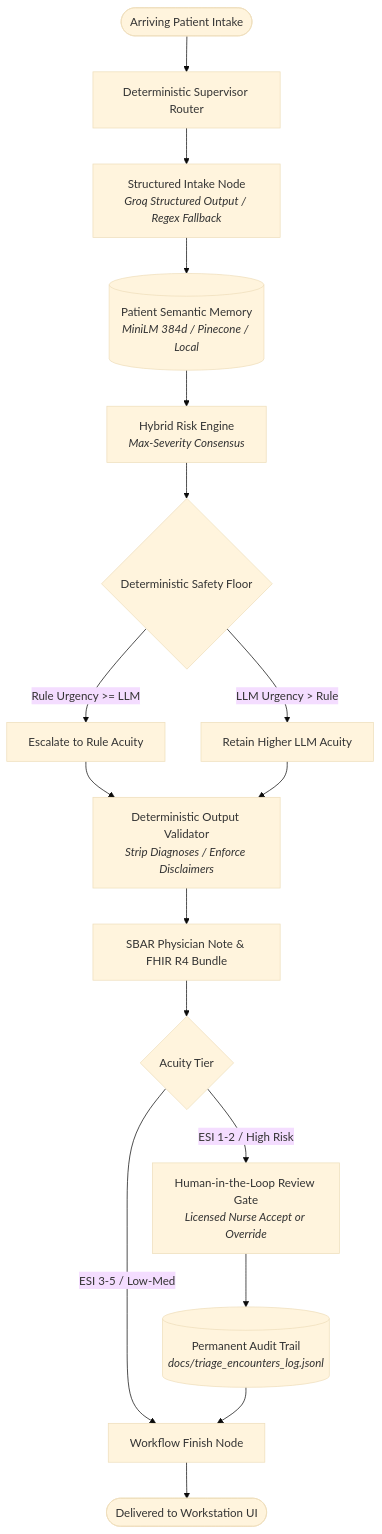
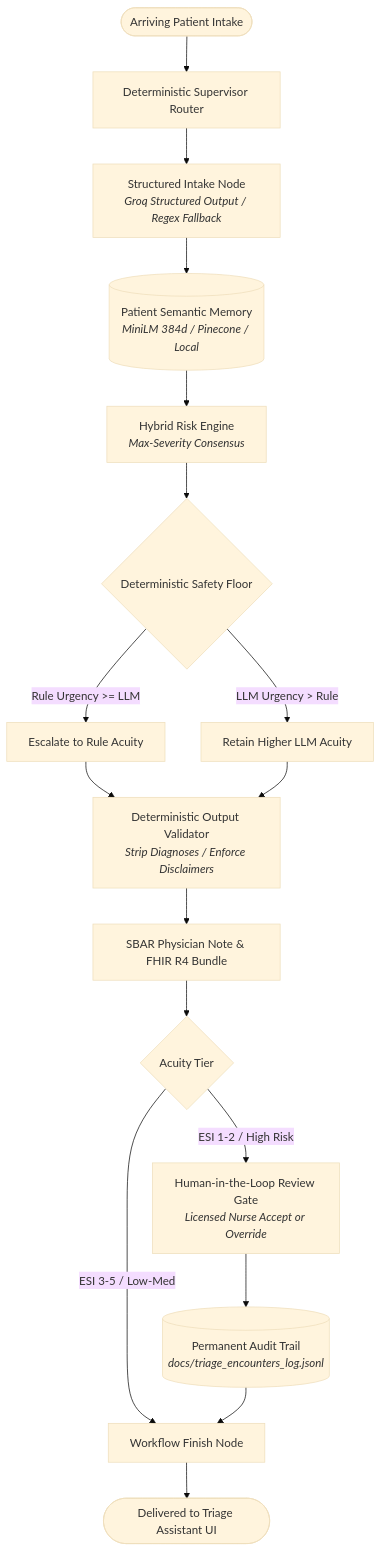
Before and after one commit to Adxrsh-17/agentic-triage-system: the diagram in README.md, drawn with Mermaid (base theme). The commit also changed other lines of this file and 18 other files, not shown here.

````diff
--- a/README.md
+++ b/README.md
@@ -53,19 +53,19 @@
 ```mermaid
 flowchart TD
     Start([Arriving Patient Intake]) --> Supervisor[Deterministic Supervisor Router]
     Supervisor --> Intake[Structured Intake Node<br/><i>Groq Structured Output / Regex Fallback</i>]
     Intake --> Memory[(Patient Semantic Memory<br/><i>MiniLM 384d / Pinecone / Local</i>)]
     Memory --> Risk[Hybrid Risk Engine<br/><i>Max-Severity Consensus</i>]
     Risk --> Floor{Deterministic Safety Floor}
     Floor -->|Rule Urgency >= LLM| Escalate[Escalate to Rule Acuity]
     Floor -->|LLM Urgency > Rule| RetainLLM[Retain Higher LLM Acuity]
     Escalate --> Safety[Deterministic Output Validator<br/><i>Strip Diagnoses / Enforce Disclaimers</i>]
     RetainLLM --> Safety
     Safety --> SBAR[SBAR Physician Note & FHIR R4 Bundle]
     SBAR --> DecisionGate{Acuity Tier}
     DecisionGate -->|ESI 1-2 / High Risk| HITL[Human-in-the-Loop Review Gate<br/><i>Licensed Nurse Accept or Override</i>]
     DecisionGate -->|ESI 3-5 / Low-Med| Finish[Workflow Finish Node]
     HITL --> AuditLog[(Permanent Audit Trail<br/><i>docs/triage_encounters_log.jsonl</i>)]
     AuditLog --> Finish
-    Finish --> EndNode([Delivered to Workstation UI])
+    Finish --> EndNode([Delivered to Triage Assistant UI])
 ```
````
